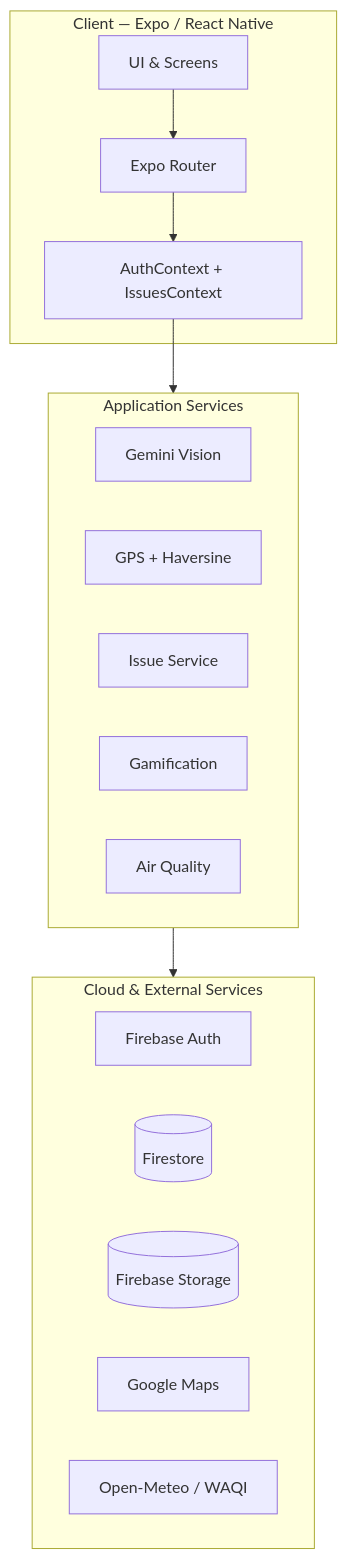
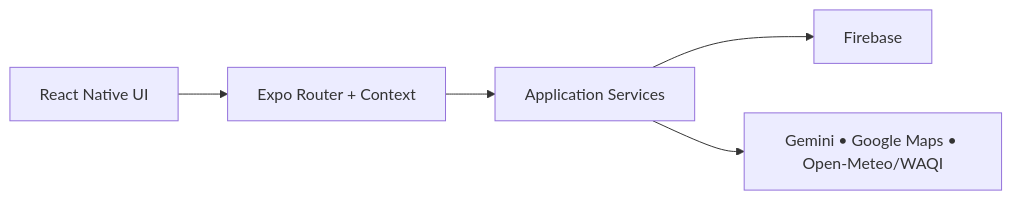
Before and after one commit to Jyatin/-fixmyway: the second of 2 diagrams in README.md, drawn with Mermaid. The commit also changed other lines of this file, not shown here.

Commit message:
Shorten README architecture diagram

````diff
--- a/README.md
+++ b/README.md
@@ -72,28 +68,7 @@
 ```mermaid
-graph TB
-    subgraph Client["Client — Expo / React Native"]
-        UI[UI & Screens]
-        Router[Expo Router]
-        Context[AuthContext + IssuesContext]
-    end
-
-    subgraph Services["Application Services"]
-        AI[Gemini Vision]
-        Geo[GPS + Haversine]
-        Issues[Issue Service]
-        Game[Gamification]
-        AQI[Air Quality]
-    end
-
-    subgraph Cloud["Cloud & External Services"]
-        Auth[Firebase Auth]
-        DB[(Firestore)]
-        Storage[(Firebase Storage)]
-        Maps[Google Maps]
-        Env[Open-Meteo / WAQI]
-    end
-
-    UI --> Router --> Context
-    Context --> Services
-    Services --> Cloud
+graph LR
+    UI[React Native UI] --> State[Expo Router + Context]
+    State --> Services[Application Services]
+    Services --> Cloud[Firebase]
+    Services --> External[Gemini • Google Maps • Open-Meteo/WAQI]
 ```
````
